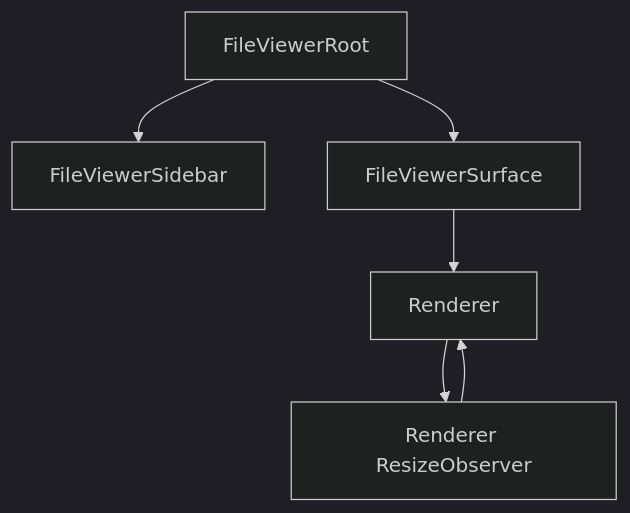
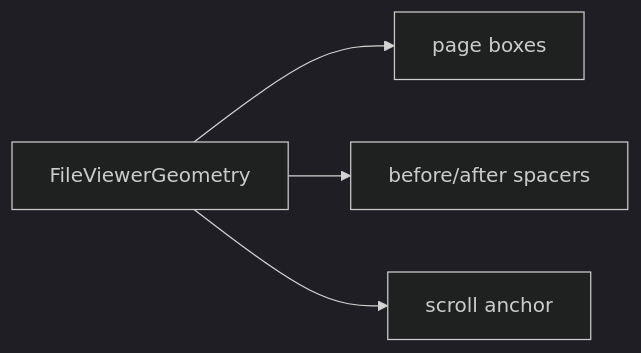
Diagram 18 of 22 in design/file-viewer-geometry-contract-blueprint.md (retab-dev/retab-ui), drawn with Mermaid (dark theme) before and after one commit. The commit also changed other lines of this file and 98 other files, not shown here.

````diff
--- a/design/file-viewer-geometry-contract-blueprint.md
+++ b/design/file-viewer-geometry-contract-blueprint.md
@@ -347,14 +805,11 @@
 ```mermaid
-flowchart TB
-  Root["FileViewerRoot"]
-  Sidebar["FileViewerSidebar"]
-  Surface["FileViewerSurface"]
-  Renderer["Renderer"]
-  Observer["Renderer ResizeObserver"]
+flowchart LR
+  Geometry["FileViewerGeometry"]
+  PageBox["page boxes"]
+  Spacer["before/after spacers"]
+  Anchor["scroll anchor"]
 
-  Root --> Sidebar
-  Root --> Surface
-  Surface --> Renderer
-  Renderer --> Observer
-  Observer --> Renderer
+  Geometry --> PageBox
+  Geometry --> Spacer
+  Geometry --> Anchor
 ```
````
